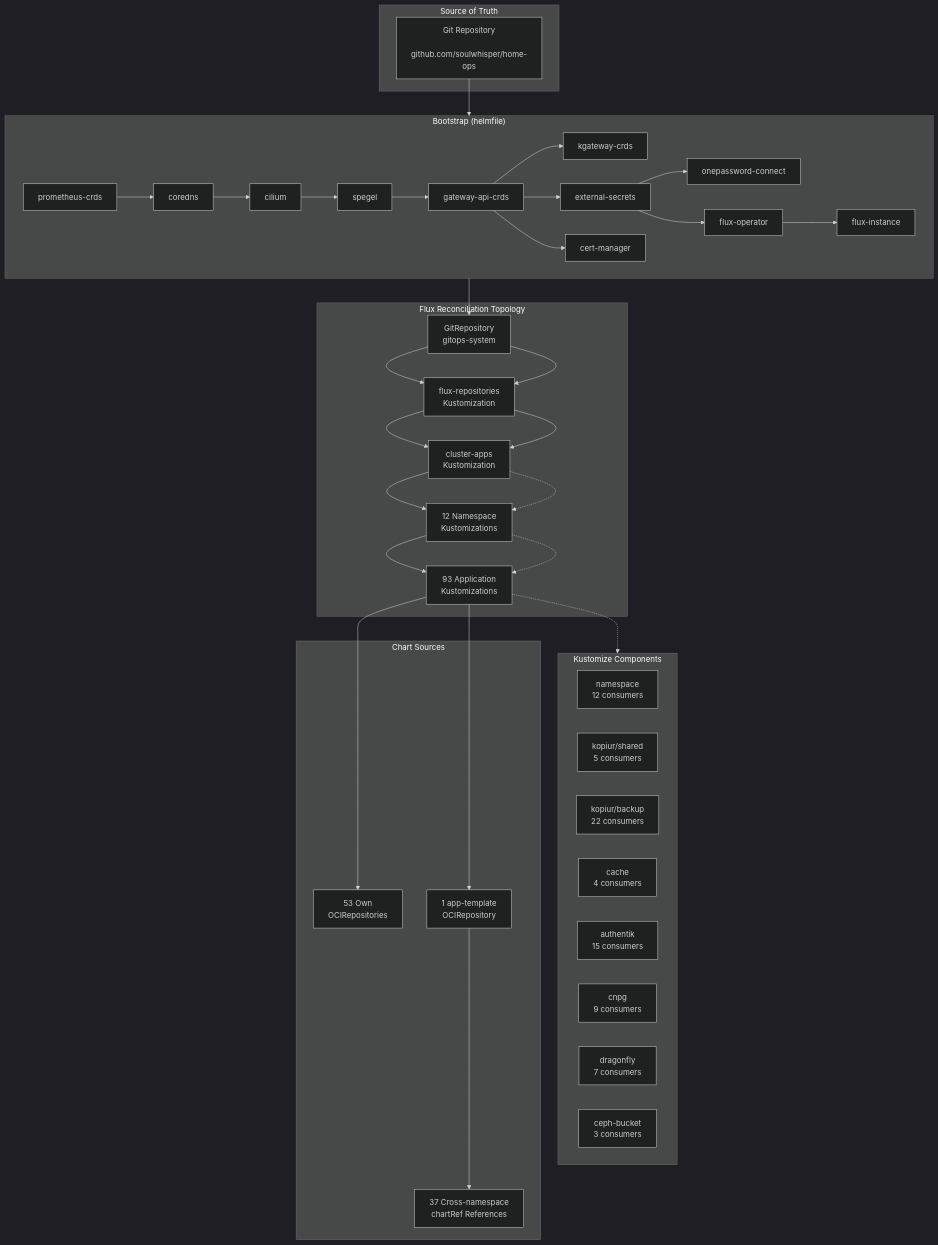
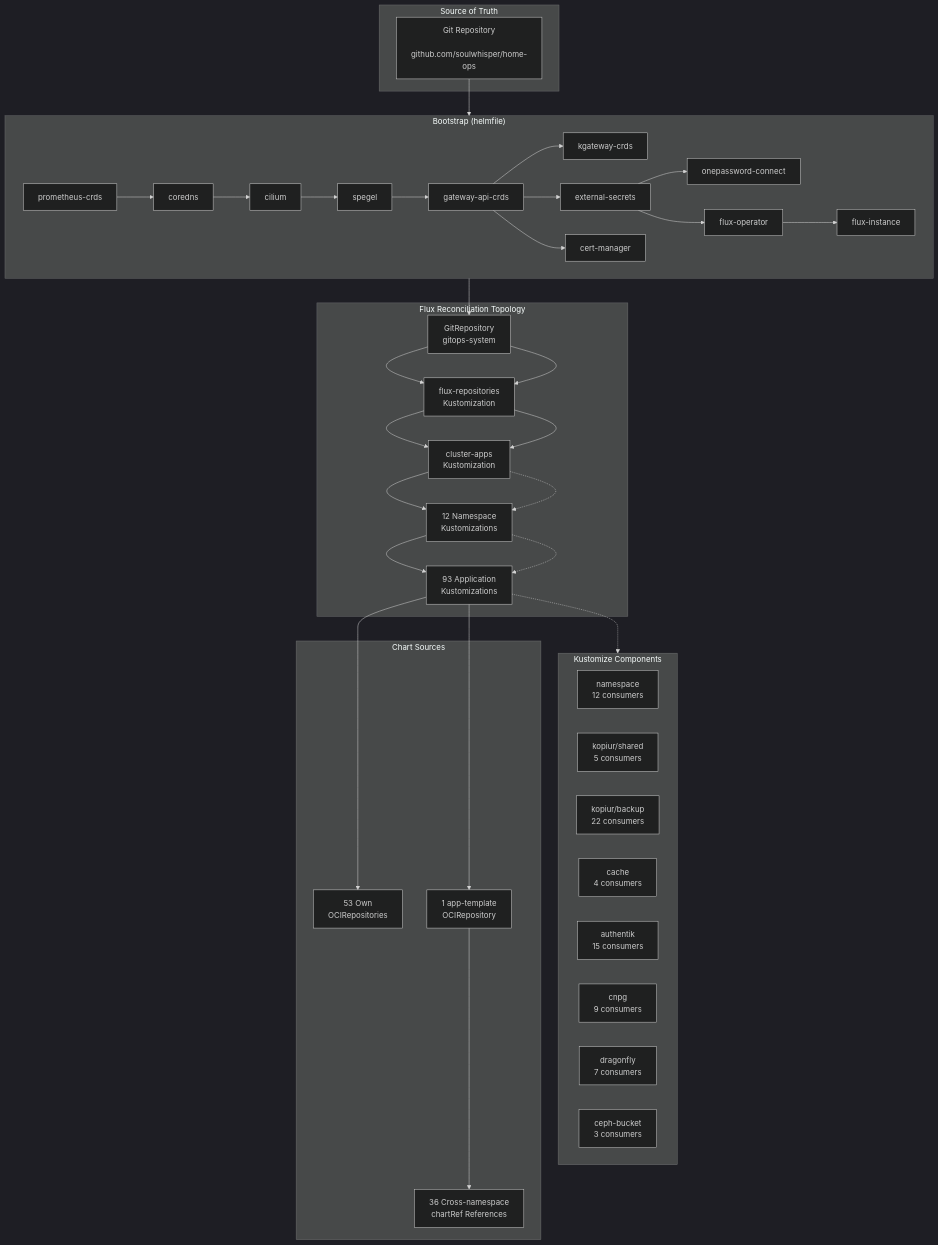
One commit to soulwhisper/home-ops changed the diagram in docs/infrastructure/kubernetes.md. Above: the diagram before and after it, drawn with Mermaid (dark theme). The commit also changed other lines of this file and 15 other files, not shown here.

````diff
--- a/docs/infrastructure/kubernetes.md
+++ b/docs/infrastructure/kubernetes.md
@@ -12,72 +12,72 @@
 ```mermaid
 flowchart TB
     subgraph Source["Source of Truth"]
         GIT["Git Repository
         github.com/soulwhisper/home-ops"]
     end
 
     subgraph Bootstrap["Bootstrap (helmfile)"]
         direction LR
         B1["prometheus-crds"] --> B2["coredns"]
         B2 --> B3["cilium"]
         B3 --> B4["spegel"]
         B4 --> B5["gateway-api-crds"]
         B5 --> B6["kgateway-crds"]
         B5 --> B7["external-secrets"]
         B5 --> B8["cert-manager"]
         B7 --> B9["onepassword-connect"]
         B7 --> B11["flux-operator"]
         B11 --> B12["flux-instance"]
     end
 
     subgraph FluxTopo["Flux Reconciliation Topology"]
         GR["GitRepository
         gitops-system"] --> FR["flux-repositories
         Kustomization"]
         FR --> CA["cluster-apps
         Kustomization"]
         CA --> NS["12 Namespace
         Kustomizations"]
         NS --> APPS["93 Application
         Kustomizations"]
     end
 
     subgraph Components["Kustomize Components"]
         NS_COMP["namespace
         12 consumers"]
         KOPIUR_SECRET["kopiur/shared
         5 consumers"]
         KOPIUR_BACKUP["kopiur/backup
         22 consumers"]
         CACHE["cache
         4 consumers"]
         AUTHENTIK["authentik
         15 consumers"]
         CNPG["cnpg
         9 consumers"]
         DRAGONFLY["dragonfly
         7 consumers"]
         CEPH["ceph-bucket
         3 consumers"]
     end
 
     subgraph Charts["Chart Sources"]
         OCI_OWN["53 Own
         OCIRepositories"]
         OCI_TPL["1 app-template
         OCIRepository"]
-        CROSS["37 Cross-namespace
+        CROSS["36 Cross-namespace
         chartRef References"]
     end
 
     GIT --> Bootstrap
     Bootstrap --> GR
     GR --> FR
     FR --> CA
     CA -.-> NS
     NS -.-> APPS
     APPS -.-> Components
     APPS --> OCI_OWN
     APPS --> OCI_TPL
     OCI_TPL --> CROSS
 ```
````
